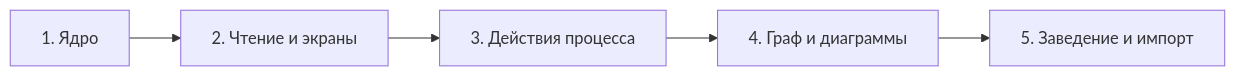
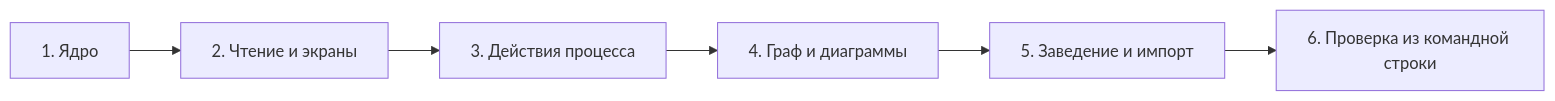
Before and after one commit to chelowek054-lgtm/docdd-console: the diagram in docs/06-phases.md, drawn with Mermaid. The commit also changed other lines of this file and 46 other files, not shown here.

````diff
--- a/docs/06-phases.md
+++ b/docs/06-phases.md
@@ -6,7 +6,8 @@
 ```mermaid
 flowchart LR
     f1["1. Ядро"] --> f2["2. Чтение и экраны"]
     f2 --> f3["3. Действия процесса"]
     f3 --> f4["4. Граф и диаграммы"]
     f4 --> f5["5. Заведение и импорт"]
+    f5 --> f6["6. Проверка из командной строки"]
 ```
````
